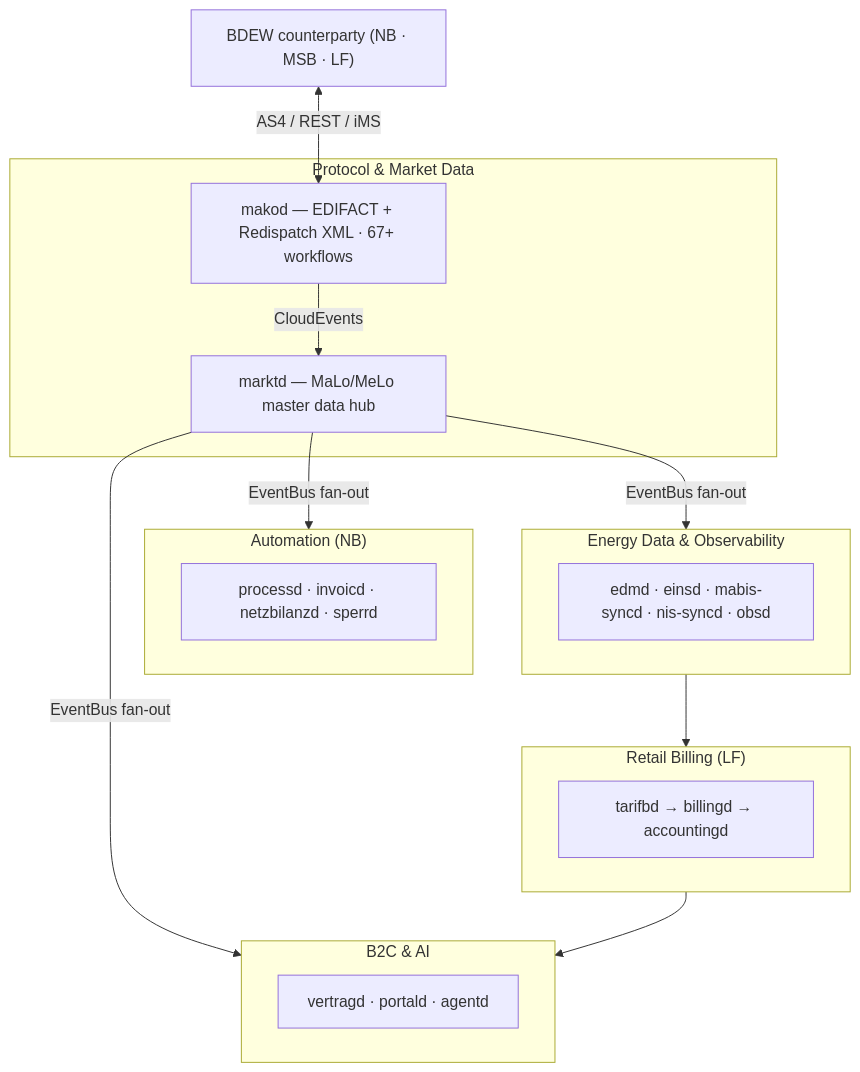
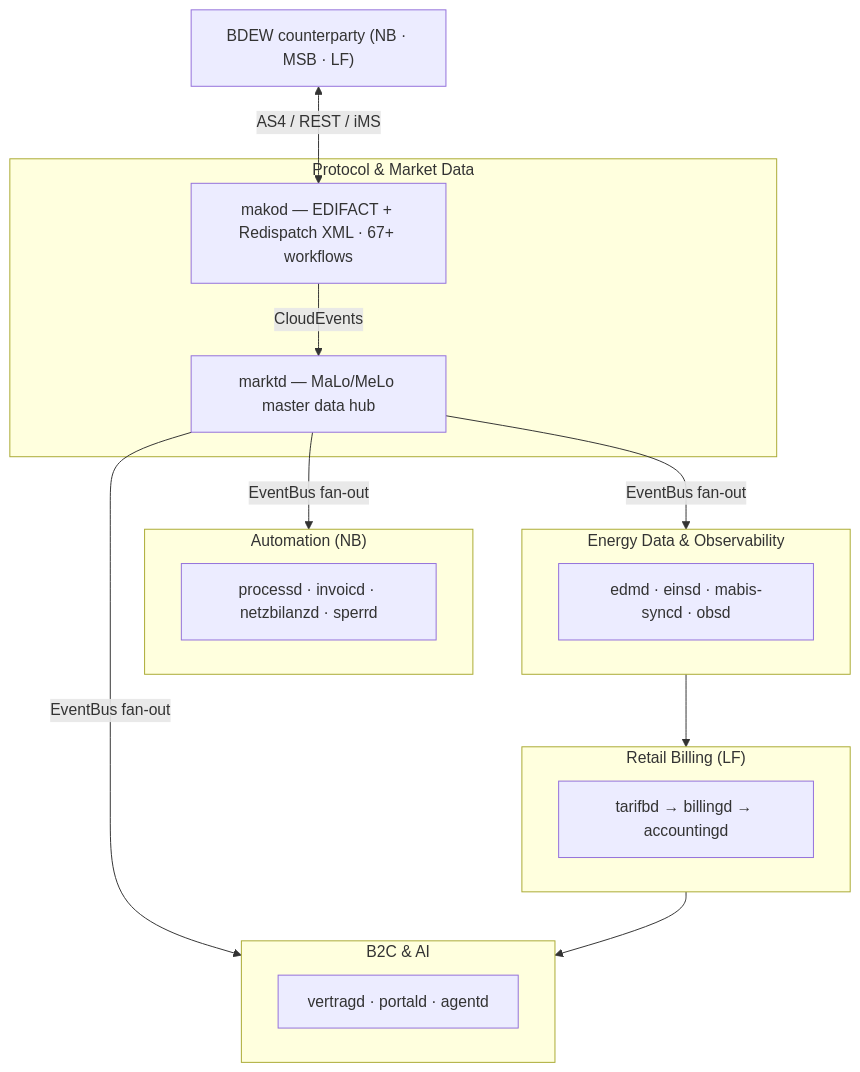
Before and after one commit to hupe1980/mako: the first of 2 diagrams in docs/index.md, drawn with Mermaid. The commit also changed other lines of this file and 50 other files, not shown here.

````diff
--- a/docs/index.md
+++ b/docs/index.md
@@ -340,31 +340,31 @@
 ```mermaid
 graph TB
     BDEW["BDEW counterparty (NB · MSB · LF)"]
 
     subgraph core ["Protocol & Market Data"]
         makod["makod — EDIFACT + Redispatch XML · 67+ workflows"]
         marktd["marktd — MaLo/MeLo master data hub"]
     end
 
     subgraph auto ["Automation (NB)"]
         nbrole["processd · invoicd · netzbilanzd · sperrd"]
     end
 
     subgraph data ["Energy Data & Observability"]
-        edm["edmd · einsd · mabis-syncd · nis-syncd · obsd"]
+        edm["edmd · einsd · mabis-syncd · obsd"]
     end
 
     subgraph retail ["Retail Billing (LF)"]
         lfrole["tarifbd → billingd → accountingd"]
     end
 
     subgraph b2c ["B2C & AI"]
         ai["vertragd · portald · agentd"]
     end
 
     BDEW <-->|"AS4 / REST / iMS"| makod
     makod -->|CloudEvents| marktd
     marktd -->|"EventBus fan-out"| auto & data & b2c
     data --> retail
     retail --> b2c
 ```
````
